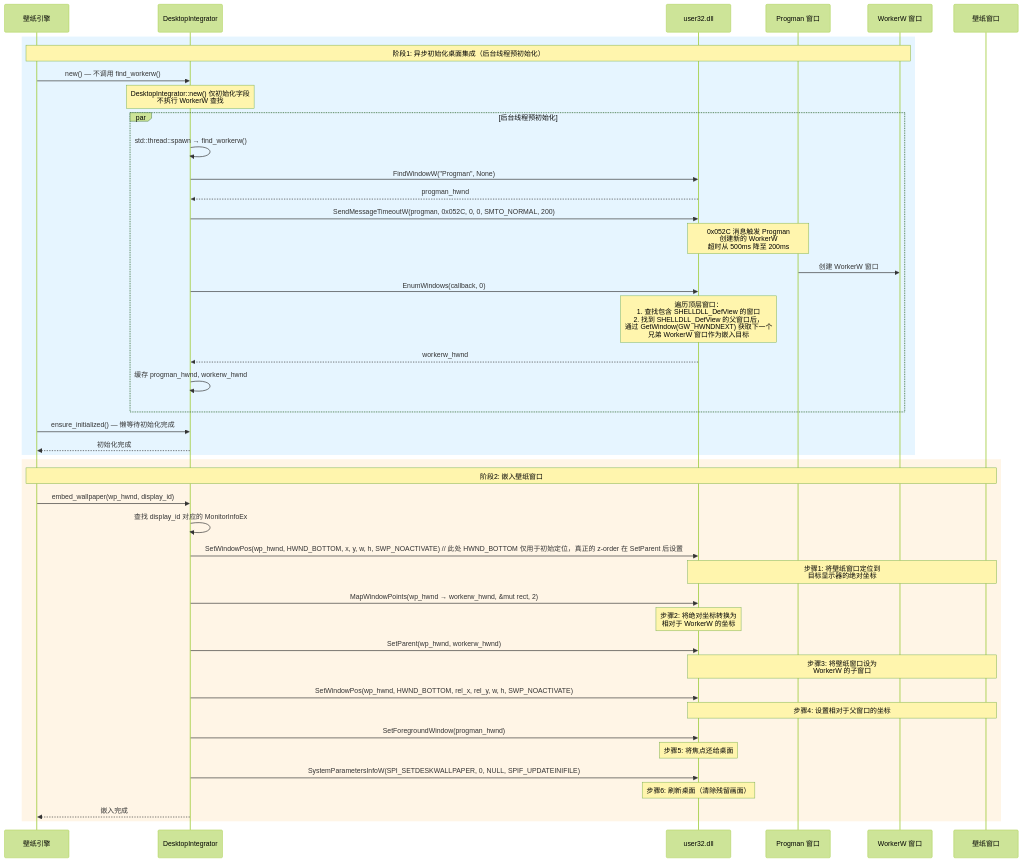
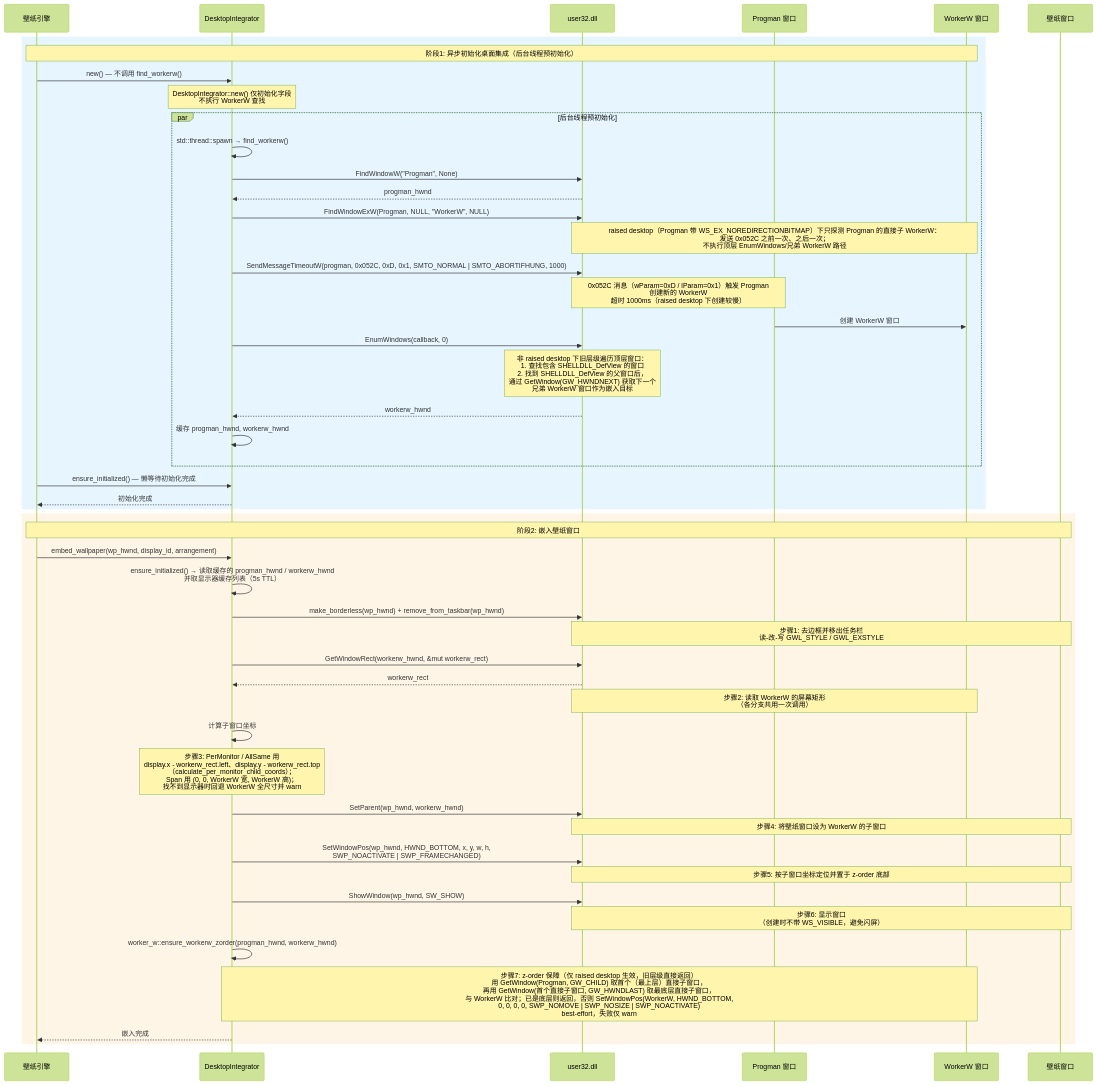
One commit to Wunseol/mirrorstar-wallpaper changed the first of 3 diagrams in docs/02-架构与技术栈/04-桌面集成与Windows系统API-Desktop-Integration-and-Windows-API.md. Above: the diagram before and after it, drawn with Mermaid (forest theme). The commit also changed other lines of this file and 6 other files, not shown here.

````diff
--- a/docs/02-架构与技术栈/04-桌面集成与Windows系统API-Desktop-Integration-and-Windows-API.md
+++ b/docs/02-架构与技术栈/04-桌面集成与Windows系统API-Desktop-Integration-and-Windows-API.md
@@ -24,60 +24,67 @@
 ```mermaid
 sequenceDiagram
     participant Engine as 壁纸引擎
     participant Desktop as DesktopIntegrator
     participant User32 as user32.dll
     participant Progman as Progman 窗口
     participant WorkerW as WorkerW 窗口
     participant Wp as 壁纸窗口
 
     rect rgb(230, 245, 255)
         Note over Engine,WorkerW: 阶段1: 异步初始化桌面集成（后台线程预初始化）
         Engine->>Desktop: new() — 不调用 find_workerw()
         Note over Desktop: DesktopIntegrator::new() 仅初始化字段<br/>不执行 WorkerW 查找
 
         par 后台线程预初始化
             Desktop->>Desktop: std::thread::spawn → find_workerw()
             Desktop->>User32: FindWindowW("Progman", None)
             User32-->>Desktop: progman_hwnd
 
-            Desktop->>User32: SendMessageTimeoutW(progman, 0x052C, 0, 0, SMTO_NORMAL, 200)
-            Note over User32,Progman: 0x052C 消息触发 Progman<br/>创建新的 WorkerW<br/>超时从 500ms 降至 200ms
+            Desktop->>User32: FindWindowExW(Progman, NULL, "WorkerW", NULL)
+            Note over User32,WorkerW: raised desktop（Progman 带 WS_EX_NOREDIRECTIONBITMAP）下只探测 Progman 的直接子 WorkerW：<br/>发送 0x052C 之前一次、之后一次；<br/>不执行顶层 EnumWindows/兄弟 WorkerW 路径
+
+            Desktop->>User32: SendMessageTimeoutW(progman, 0x052C, 0xD, 0x1, SMTO_NORMAL | SMTO_ABORTIFHUNG, 1000)
+            Note over User32,Progman: 0x052C 消息（wParam=0xD / lParam=0x1）触发 Progman<br/>创建新的 WorkerW<br/>超时 1000ms（raised desktop 下创建较慢）
             Progman->>WorkerW: 创建 WorkerW 窗口
 
             Desktop->>User32: EnumWindows(callback, 0)
-            Note over User32: 遍历顶层窗口：<br/>1. 查找包含 SHELLDLL_DefView 的窗口<br/>2. 找到 SHELLDLL_DefView 的父窗口后，<br/>通过 GetWindow(GW_HWNDNEXT) 获取下一个<br/>兄弟 WorkerW 窗口作为嵌入目标
+            Note over User32: 非 raised desktop 下旧层级遍历顶层窗口：<br/>1. 查找包含 SHELLDLL_DefView 的窗口<br/>2. 找到 SHELLDLL_DefView 的父窗口后，<br/>通过 GetWindow(GW_HWNDNEXT) 获取下一个<br/>兄弟 WorkerW 窗口作为嵌入目标
             User32-->>Desktop: workerw_hwnd
 
             Desktop->>Desktop: 缓存 progman_hwnd, workerw_hwnd
         end
 
         Engine->>Desktop: ensure_initialized() — 懒等待初始化完成
         Desktop-->>Engine: 初始化完成
     end
 
     rect rgb(255, 245, 230)
         Note over Engine,Wp: 阶段2: 嵌入壁纸窗口
-        Engine->>Desktop: embed_wallpaper(wp_hwnd, display_id)
+        Engine->>Desktop: embed_wallpaper(wp_hwnd, display_id, arrangement)
+        Desktop->>Desktop: ensure_initialized() → 读取缓存的 progman_hwnd / workerw_hwnd<br/>并取显示器缓存列表（5s TTL）
 
-        Desktop->>Desktop: 查找 display_id 对应的 MonitorInfoEx
-        Desktop->>User32: SetWindowPos(wp_hwnd, HWND_BOTTOM, x, y, w, h, SWP_NOACTIVATE) // 此处 HWND_BOTTOM 仅用于初始定位，真正的 z-order 在 SetParent 后设置
-        Note over User32,Wp: 步骤1: 将壁纸窗口定位到<br/>目标显示器的绝对坐标
+        Desktop->>User32: make_borderless(wp_hwnd) + remove_from_taskbar(wp_hwnd)
+        Note over User32,Wp: 步骤1: 去边框并移出任务栏<br/>读-改-写 GWL_STYLE / GWL_EXSTYLE
 
-        Desktop->>User32: MapWindowPoints(wp_hwnd → workerw_hwnd, &mut rect, 2)
-        Note over User32: 步骤2: 将绝对坐标转换为<br/>相对于 WorkerW 的坐标
+        Desktop->>User32: GetWindowRect(workerw_hwnd, &mut workerw_rect)
+        User32-->>Desktop: workerw_rect
+        Note over User32,WorkerW: 步骤2: 读取 WorkerW 的屏幕矩形<br/>（各分支共用一次调用）
+
+        Desktop->>Desktop: 计算子窗口坐标
+        Note over Desktop: 步骤3: PerMonitor / AllSame 用<br/>display.x - workerw_rect.left、display.y - workerw_rect.top<br/>（calculate_per_monitor_child_coords）；<br/>Span 用 (0, 0, WorkerW 宽, WorkerW 高)；<br/>找不到显示器时回退 WorkerW 全尺寸并 warn
 
         Desktop->>User32: SetParent(wp_hwnd, workerw_hwnd)
-        Note over User32,Wp: 步骤3: 将壁纸窗口设为<br/>WorkerW 的子窗口
+        Note over User32,Wp: 步骤4: 将壁纸窗口设为 WorkerW 的子窗口
 
-        Desktop->>User32: SetWindowPos(wp_hwnd, HWND_BOTTOM, rel_x, rel_y, w, h, SWP_NOACTIVATE)
-        Note over User32,Wp: 步骤4: 设置相对于父窗口的坐标
+        Desktop->>User32: SetWindowPos(wp_hwnd, HWND_BOTTOM, x, y, w, h,<br/>SWP_NOACTIVATE | SWP_FRAMECHANGED)
+        Note over User32,Wp: 步骤5: 按子窗口坐标定位并置于 z-order 底部
 
-        Desktop->>User32: SetForegroundWindow(progman_hwnd)
-        Note over User32: 步骤5: 将焦点还给桌面
+        Desktop->>User32: ShowWindow(wp_hwnd, SW_SHOW)
+        Note over User32,Wp: 步骤6: 显示窗口<br/>（创建时不带 WS_VISIBLE，避免闪屏）
 
-        Desktop->>User32: SystemParametersInfoW(SPI_SETDESKWALLPAPER, 0, NULL, SPIF_UPDATEINIFILE)
-        Note over User32: 步骤6: 刷新桌面（清除残留画面）
+        Desktop->>Desktop: worker_w::ensure_workerw_zorder(progman_hwnd, workerw_hwnd)
+        Note over Desktop,WorkerW: 步骤7: z-order 保障（仅 raised desktop 生效，旧层级直接返回）<br/>用 GetWindow(Progman, GW_CHILD) 取首个（最上层）直接子窗口，<br/>再用 GetWindow(首个直接子窗口, GW_HWNDLAST) 取最底层直接子窗口，<br/>与 WorkerW 比对；已是底层则返回，否则 SetWindowPos(WorkerW, HWND_BOTTOM,<br/>0, 0, 0, 0, SWP_NOMOVE | SWP_NOSIZE | SWP_NOACTIVATE)<br/>best-effort，失败仅 warn
 
         Desktop-->>Engine: 嵌入完成
     end
 ```
````
